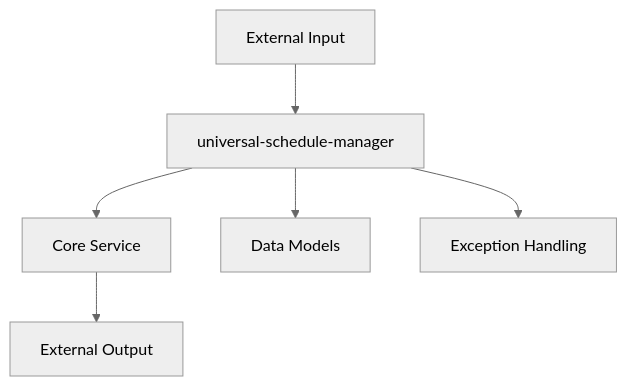
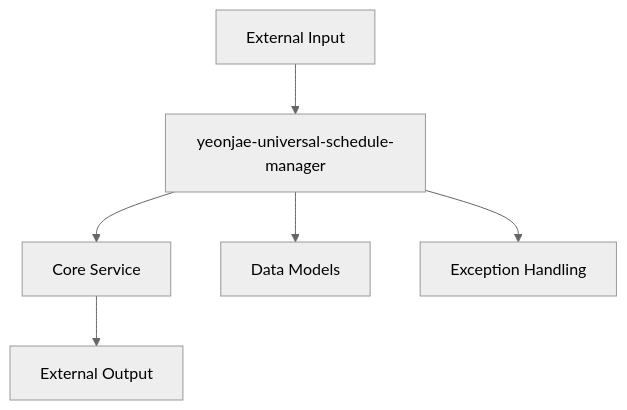
One commit to yeonjae-work/universal-modules changed the first of 4 diagrams in packages/yeonjae-universal-schedule-manager/docs/technical-specification.md. Above: the diagram before and after it, drawn with Mermaid (neutral theme). The commit also changed other lines of this file and 11 other files, not shown here.

````diff
--- a/packages/yeonjae-universal-schedule-manager/docs/technical-specification.md
+++ b/packages/yeonjae-universal-schedule-manager/docs/technical-specification.md
@@ -23,8 +23,8 @@
 ```mermaid
 graph TB
-    A[External Input] --> B[universal-schedule-manager]
+    A[External Input] --> B[yeonjae-universal-schedule-manager]
     B --> C[Core Service]
     B --> D[Data Models]
     B --> E[Exception Handling]
     C --> F[External Output]
 ```
````
